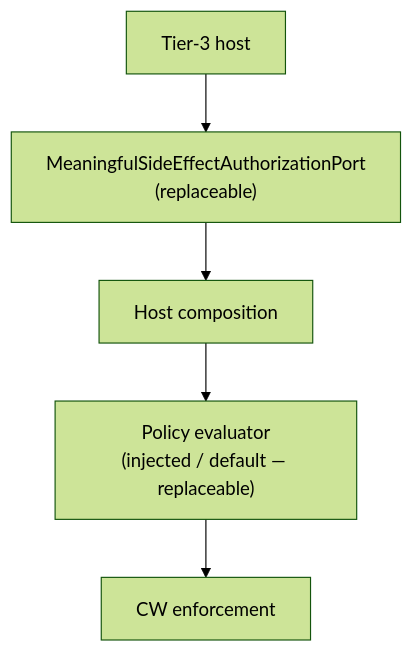
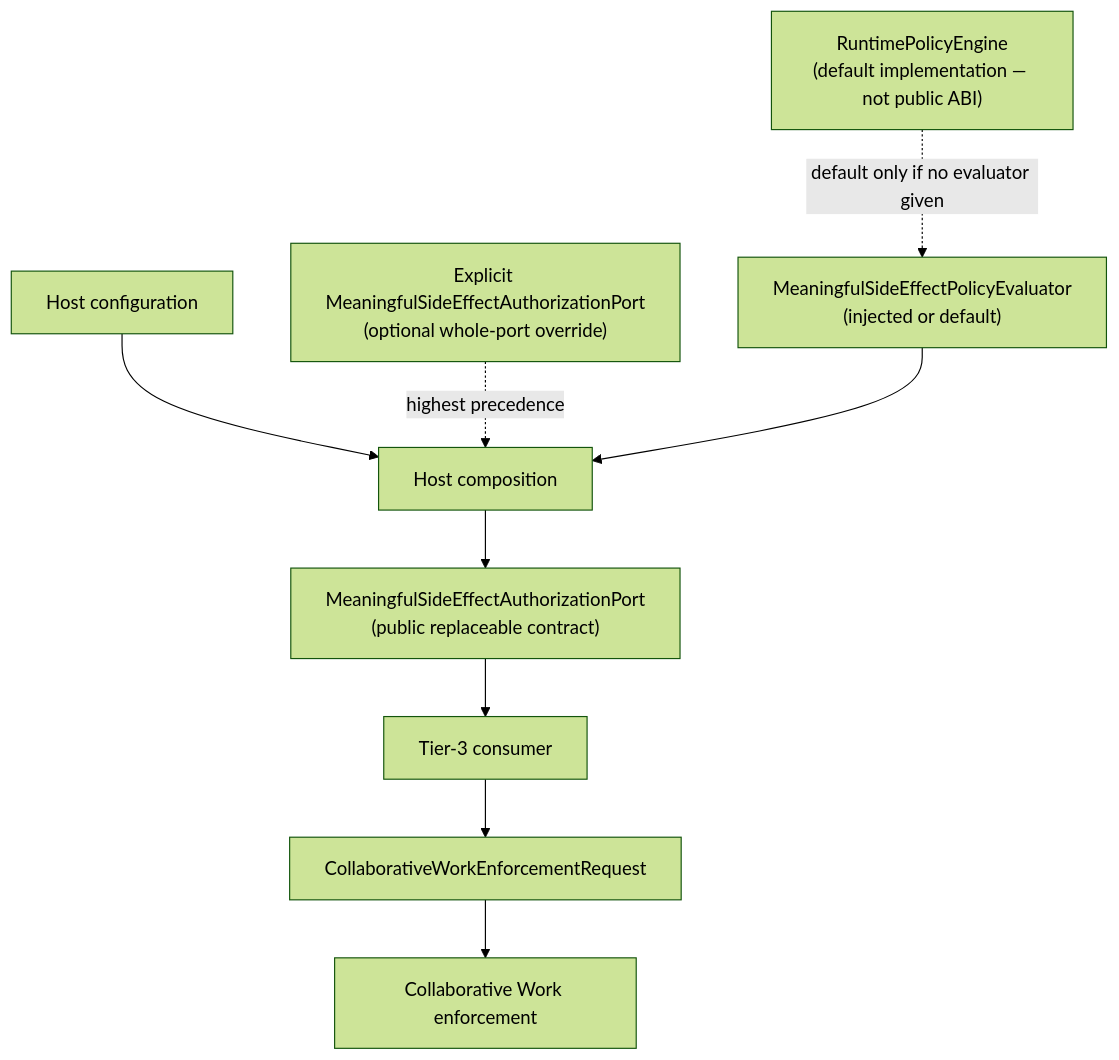
One commit to jakbuczarnecki/intergrax changed the seventh of 8 diagrams in docs/project/capabilities/architecture/MULTIPLAYER_AI.md. Above: the diagram before and after it, drawn with Mermaid (forest theme). The commit also changed other lines of this file and 4 other files, not shown here.

First line of the commit message:
docs(multiplayer): correct composition flow and evidence provenance

````diff
--- a/docs/project/capabilities/architecture/MULTIPLAYER_AI.md
+++ b/docs/project/capabilities/architecture/MULTIPLAYER_AI.md
@@ -247,10 +251,21 @@
 ```mermaid
 flowchart TB
-  T3B["Tier-3 host"]
-  MSE2["MeaningfulSideEffectAuthorizationPort<br/>(replaceable)"]
+  CFG["Host configuration"]
+  OVERRIDE["Explicit MeaningfulSideEffectAuthorizationPort<br/>(optional whole-port override)"]
+  EVAL["MeaningfulSideEffectPolicyEvaluator<br/>(injected or default)"]
+  DEF["RuntimePolicyEngine<br/>(default implementation — not public ABI)"]
   HOST["Host composition"]
-  POL2["Policy evaluator<br/>(injected / default — replaceable)"]
-  CWEN["CW enforcement"]
+  PORT["MeaningfulSideEffectAuthorizationPort<br/>(public replaceable contract)"]
+  T3["Tier-3 consumer"]
+  REQ["CollaborativeWorkEnforcementRequest"]
+  CW["Collaborative Work enforcement"]
 
-  T3B --> MSE2 --> HOST --> POL2 --> CWEN
+  CFG --> HOST
+  OVERRIDE -.->|highest precedence| HOST
+  DEF -.->|default only if no evaluator given| EVAL
+  EVAL --> HOST
+  HOST --> PORT
+  PORT --> T3
+  T3 --> REQ
+  REQ --> CW
 ```
````
